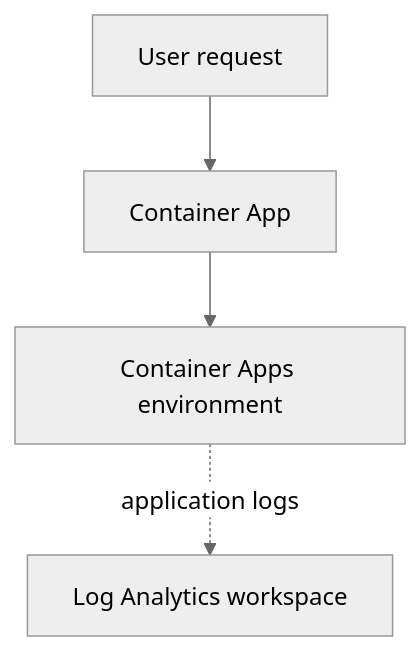
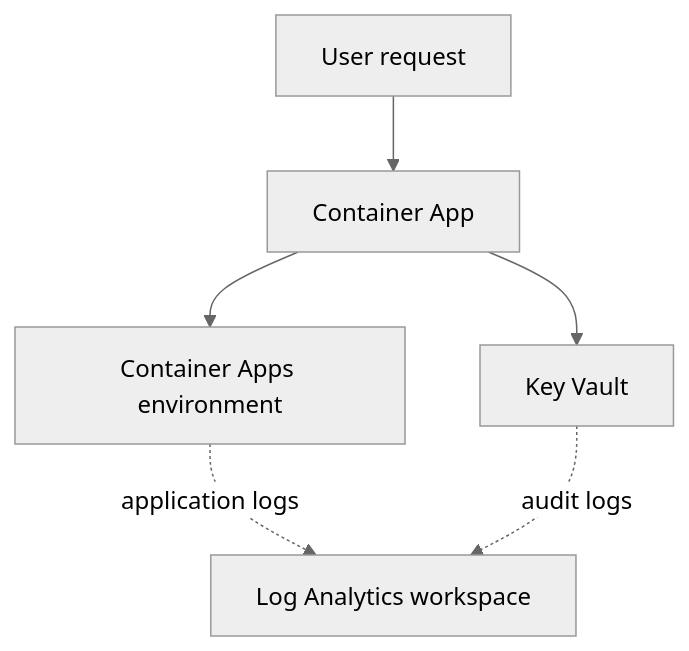
Before and after one commit to Azure/octoahm0826: the diagram in README.md, drawn with Mermaid (neutral theme). The commit also changed other lines of this file and 2 other files, not shown here.

Commit message:
Add Key Vault to Bicep template and update lab guide for resource permissions

````diff
--- a/README.md
+++ b/README.md
@@ -29,6 +29,8 @@
 ```mermaid
 graph TD
     User[User request] --> App[Container App]
     App --> Env[Container Apps environment]
+    App --> Vault[Key Vault]
     Env -. application logs .-> Logs[Log Analytics workspace]
+    Vault -. audit logs .-> Logs
 ```
````
